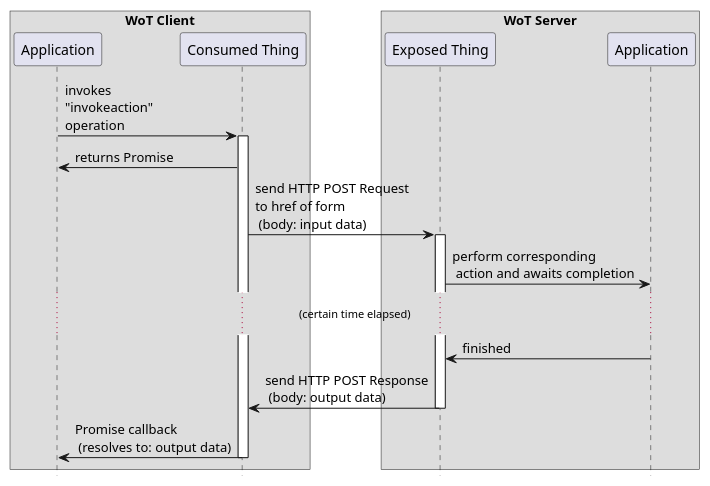
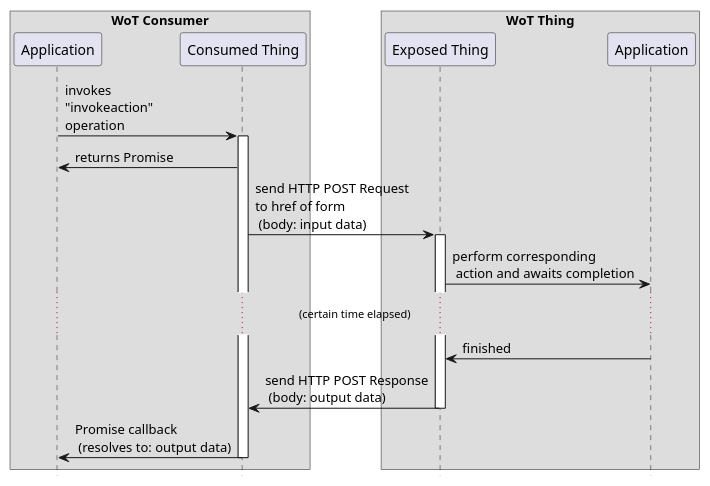
Before and after one commit to w3c/wot-binding-templates: the diagram in images/message-flows/A_2_1_invokeAction.puml, drawn with PlantUML. The commit also changed 18 other files, not shown here.

Commit message:
Fixes for issue #89, replacing client/server with consumer/thing

```diff
--- a/images/message-flows/A_2_1_invokeAction.puml
+++ b/images/message-flows/A_2_1_invokeAction.puml
@@ -1,31 +1,31 @@
 @startuml
 hide footbox
 
-box "WoT Client"
+box "WoT Consumer"
 participant "Application" as AP
 participant "Consumed Thing" as SA
 end box
 
-box "WoT Server"
+box "WoT Thing"
 participant "Exposed Thing" as WS
 participant "Application" as DC
 end box
 
 AP  -> SA: invokes\n"invokeaction"\noperation
 activate SA
 SA  -> AP: returns Promise
 SA  -> WS: send HTTP POST Request\nto href of form\n (body: input data)
 
 activate WS
 WS  -> DC: perform corresponding\n action and awaits completion
 ...(certain time elapsed)...
 DC  -> WS: finished
 
 WS  -> SA: send HTTP POST Response\n (body: output data)
 
 deactivate WS
 SA  -> AP: Promise callback\n (resolves to: output data)
 
 deactivate SA
 
 @enduml
```
